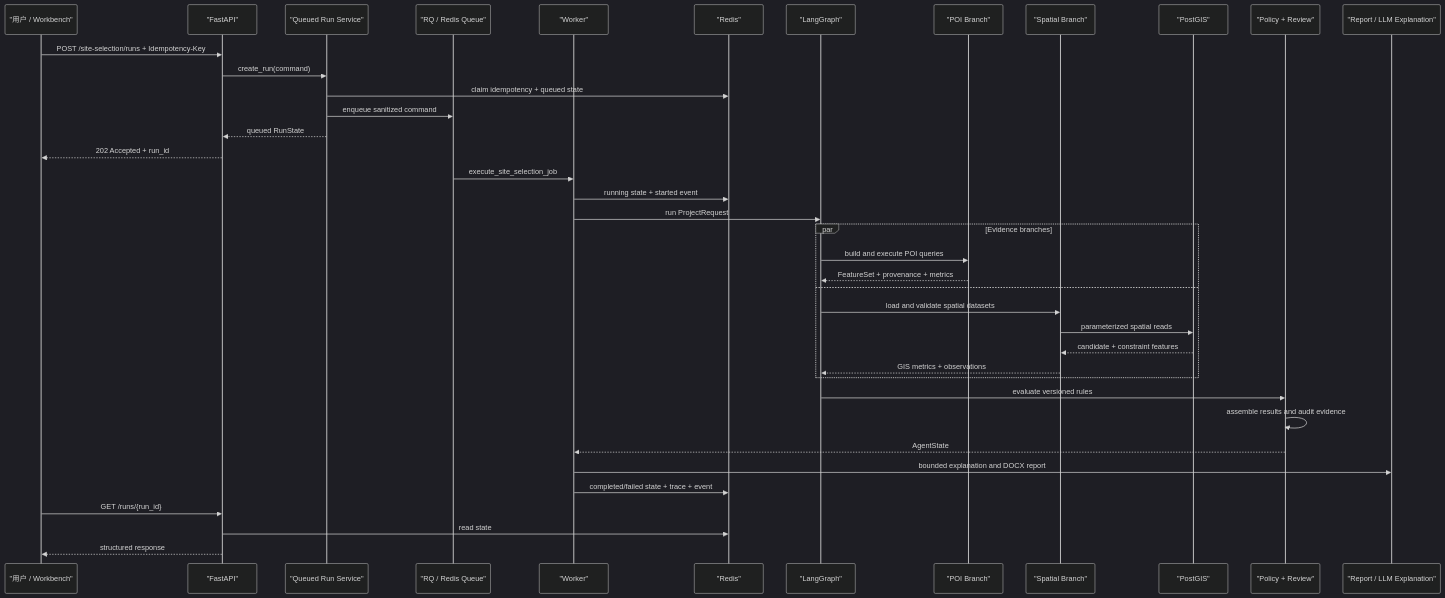
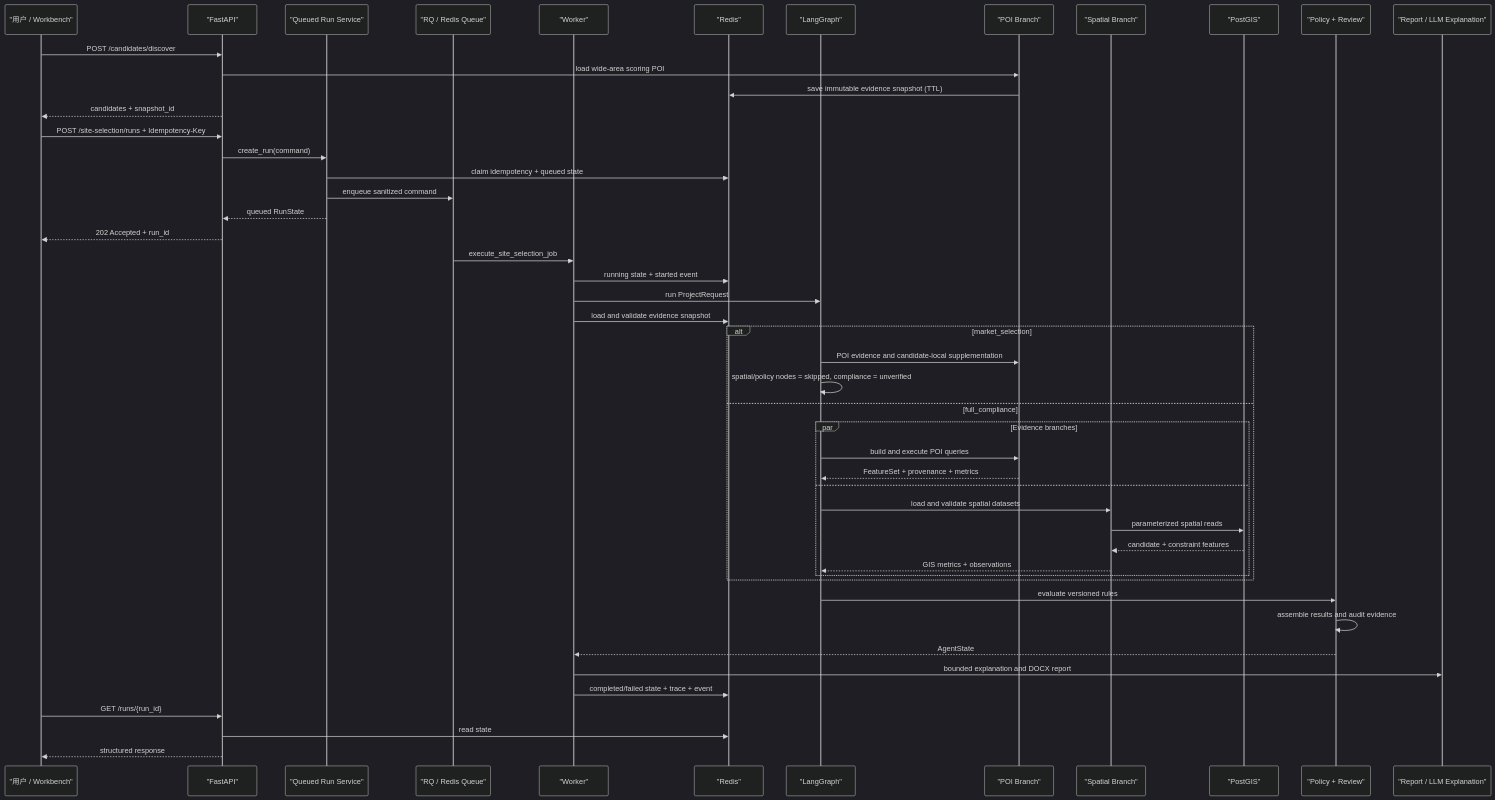
The first of 5 diagrams in docs/architecture.md (1159312243h-gif/spatial-decision-agent), drawn with Mermaid (dark theme) before and after one commit. The commit also changed other lines of this file and 95 other files, not shown here.

Commit message:
feat: improve site selection agent reliability and POI evidence

````diff
--- a/docs/architecture.md
+++ b/docs/architecture.md
@@ -19,42 +31,52 @@
 ```mermaid
 sequenceDiagram
     participant U as "用户 / Workbench"
     participant A as "FastAPI"
     participant S as "Queued Run Service"
     participant Q as "RQ / Redis Queue"
     participant W as "Worker"
     participant R as "Redis"
     participant G as "LangGraph"
     participant P as "POI Branch"
     participant X as "Spatial Branch"
     participant D as "PostGIS"
     participant V as "Policy + Review"
     participant O as "Report / LLM Explanation"
 
+    U->>A: POST /candidates/discover
+    A->>P: load wide-area scoring POI
+    P->>R: save immutable evidence snapshot (TTL)
+    A-->>U: candidates + snapshot_id
     U->>A: POST /site-selection/runs + Idempotency-Key
     A->>S: create_run(command)
     S->>R: claim idempotency + queued state
     S->>Q: enqueue sanitized command
     S-->>A: queued RunState
     A-->>U: 202 Accepted + run_id
     Q->>W: execute_site_selection_job
     W->>R: running state + started event
     W->>G: run ProjectRequest
+    W->>R: load and validate evidence snapshot
+    alt market_selection
+        G->>P: POI evidence and candidate-local supplementation
+        G->>G: spatial/policy nodes = skipped, compliance = unverified
+    else full_compliance
     par Evidence branches
         G->>P: build and execute POI queries
         P-->>G: FeatureSet + provenance + metrics
     and
         G->>X: load and validate spatial datasets
         X->>D: parameterized spatial reads
         D-->>X: candidate + constraint features
         X-->>G: GIS metrics + observations
+    end
     end
     G->>V: evaluate versioned rules
     V->>V: assemble results and audit evidence
     V-->>W: AgentState
     W->>O: bounded explanation and DOCX report
     W->>R: completed/failed state + trace + event
     U->>A: GET /runs/{run_id}
     A->>R: read state
     A-->>U: structured response
 ```
````
